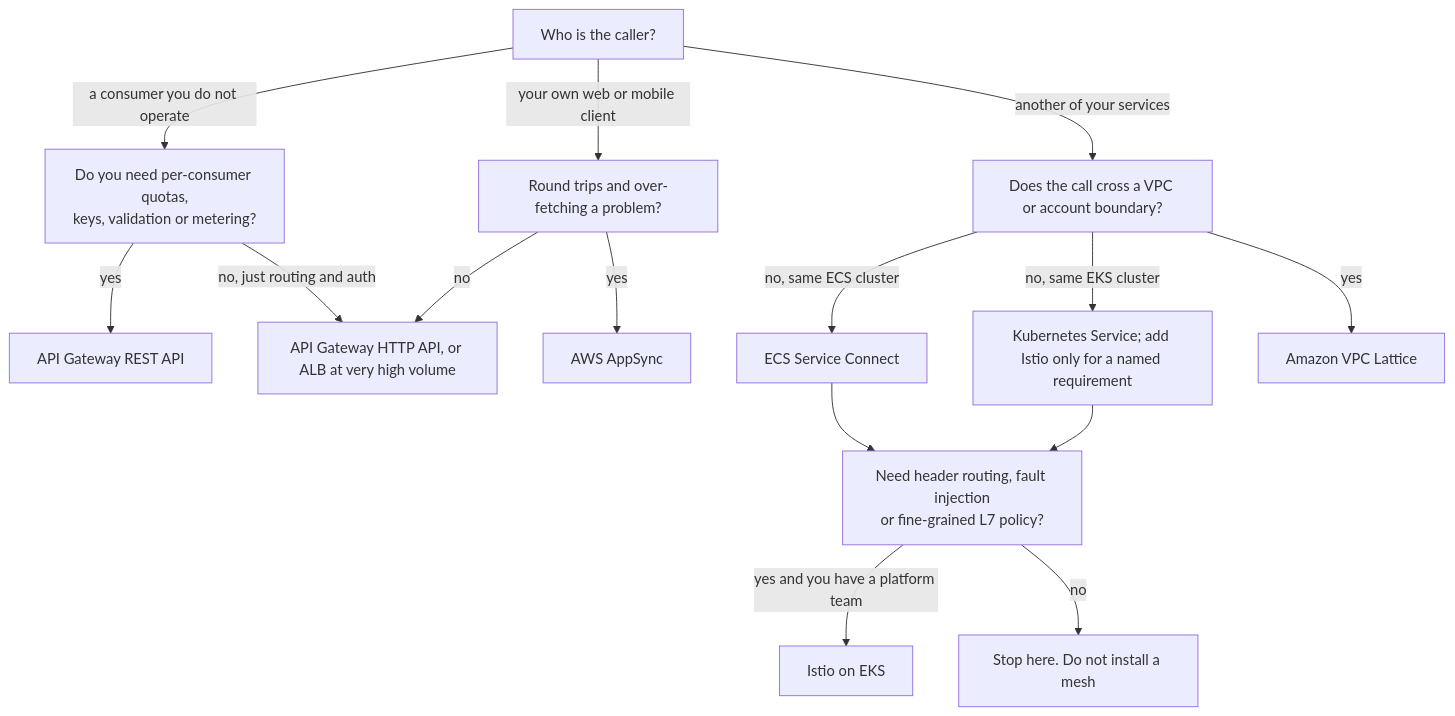
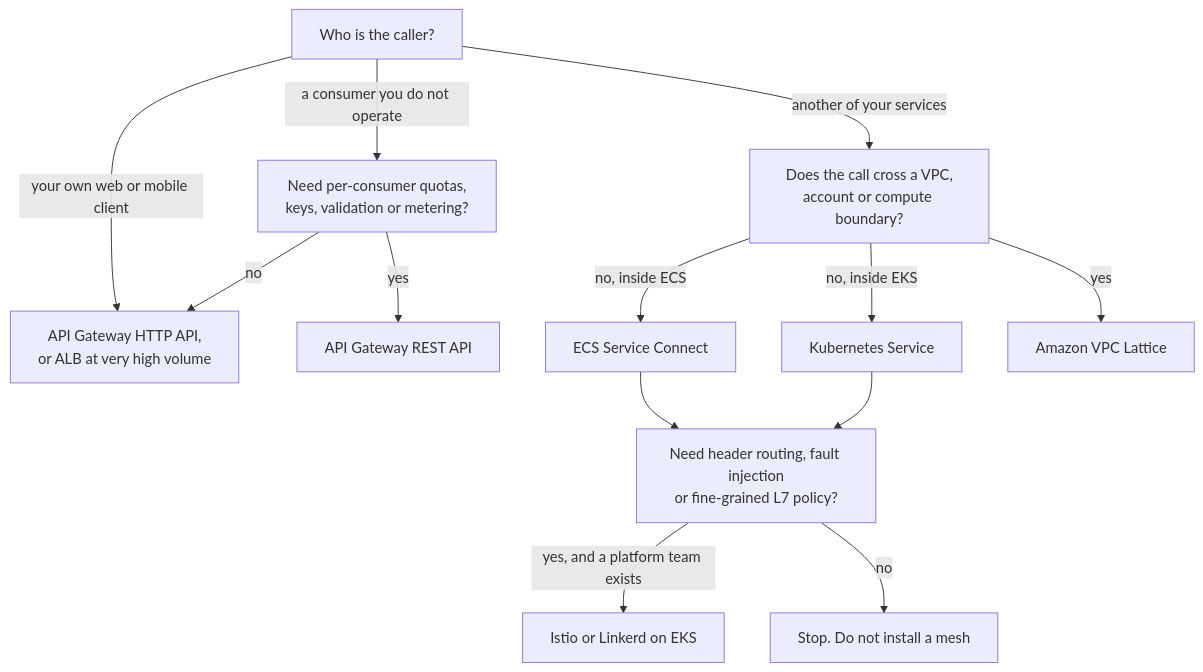
One commit to norbutlepcha25/dso303 changed the fourth of 5 diagrams in docs/unit4/topic2.md. Above: the diagram before and after it, drawn with Mermaid. The commit also changed other lines of this file and 12 other files, not shown here.

````diff
--- a/docs/unit4/topic2.md
+++ b/docs/unit4/topic2.md
@@ -544,17 +375,15 @@
 ```mermaid
 flowchart TD
-    A["Who is the caller?"] -->|"a consumer you do not operate"| B["Do you need per-consumer quotas,<br/>keys, validation or metering?"]
-    A -->|"your own web or mobile client"| C["Round trips and over-fetching a problem?"]
-    A -->|"another of your services"| D["Does the call cross a VPC or account boundary?"]
+    A["Who is the caller?"] -->|"a consumer you do not operate"| B["Need per-consumer quotas,<br/>keys, validation or metering?"]
+    A -->|"your own web or mobile client"| F["API Gateway HTTP API,<br/>or ALB at very high volume"]
+    A -->|"another of your services"| D["Does the call cross a VPC,<br/>account or compute boundary?"]
     B -->|"yes"| E["API Gateway REST API"]
-    B -->|"no, just routing and auth"| F["API Gateway HTTP API, or ALB at very high volume"]
-    C -->|"yes"| G["AWS AppSync"]
-    C -->|"no"| F
-    D -->|"no, same ECS cluster"| H["ECS Service Connect"]
-    D -->|"no, same EKS cluster"| I["Kubernetes Service; add Istio only for a named requirement"]
+    B -->|"no"| F
+    D -->|"no, inside ECS"| H["ECS Service Connect"]
+    D -->|"no, inside EKS"| I["Kubernetes Service"]
     D -->|"yes"| J["Amazon VPC Lattice"]
     H --> K["Need header routing, fault injection<br/>or fine-grained L7 policy?"]
     I --> K
-    K -->|"yes and you have a platform team"| L["Istio on EKS"]
-    K -->|"no"| M["Stop here. Do not install a mesh"]
+    K -->|"yes, and a platform team exists"| L["Istio or Linkerd on EKS"]
+    K -->|"no"| M["Stop. Do not install a mesh"]
 ```
````
